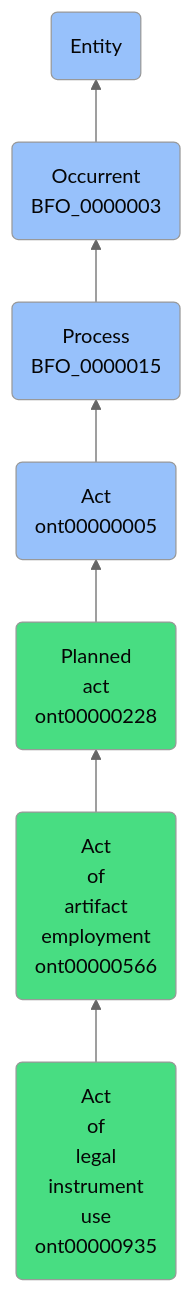
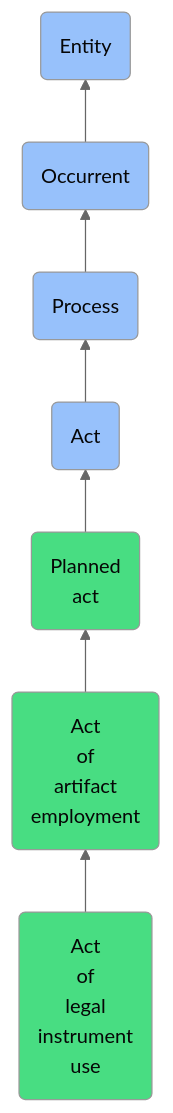
One commit to jupyter-naas/abi changed the diagram in docs/ontology/reference/model/Entity/Occurrent/Process/Act/Planned act/Act of artifact employment/Act of legal instrument use/Act of legal instrument use.md. Above: the diagram before and after it, drawn with Mermaid (neutral theme). The commit also changed other lines of this file and 1430 other files, not shown here.

````diff
--- a/docs/ontology/reference/model/Entity/Occurrent/Process/Act/Planned act/Act of artifact employment/Act of legal instrument use/Act of legal instrument use.md
+++ b/docs/ontology/reference/model/Entity/Occurrent/Process/Act/Planned act/Act of artifact employment/Act of legal instrument use/Act of legal instrument use.md
@@ -24,14 +24,14 @@
 ```mermaid
 graph BT
-    ont00000935(Act<br>of<br>legal<br>instrument<br>use<br>ont00000935):::ABI-->ont00000566
-    ont00000566(Act<br>of<br>artifact<br>employment<br>ont00000566):::ABI-->ont00000228
-    ont00000228(Planned<br>act<br>ont00000228):::ABI-->ont00000005
-    ont00000005(Act<br>ont00000005):::BFO-->BFO_0000015
-    BFO_0000015(Process<br>BFO_0000015):::BFO-->BFO_0000003
-    BFO_0000003(Occurrent<br>BFO_0000003):::BFO-->BFO_0000001
+    ont00000935(Act<br>of<br>legal<br>instrument<br>use):::ABI-->ont00000566
+    ont00000566(Act<br>of<br>artifact<br>employment):::ABI-->ont00000228
+    ont00000228(Planned<br>act):::ABI-->ont00000005
+    ont00000005(Act):::BFO-->BFO_0000015
+    BFO_0000015(Process):::BFO-->BFO_0000003
+    BFO_0000003(Occurrent):::BFO-->BFO_0000001
     BFO_0000001(Entity):::BFO
     
     classDef BFO fill:#97c1fb,color:#060606
     classDef CCO fill:#e4c51e,color:#060606
     classDef ABI fill:#48DD82,color:#060606
 ```
````
